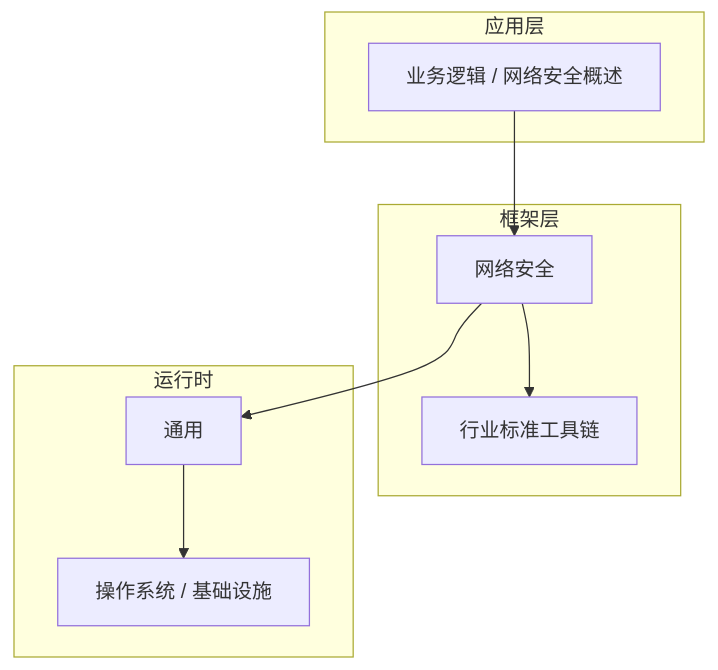
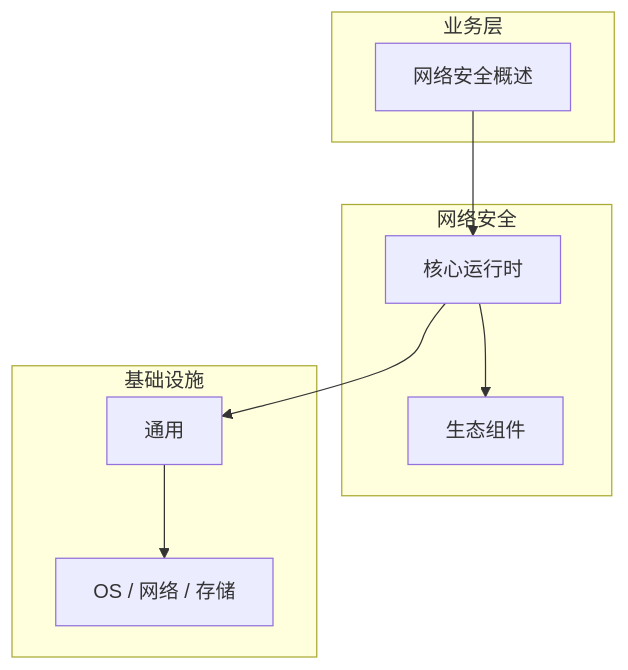
The diagram in articles/网络安全/chapters/001-网络安全概述核心概念与原理.md (yanggan2015/knowledge-json-v2), drawn with Mermaid before and after one commit. The commit also changed other lines of this file and 10127 other files, not shown here.

````diff
--- a/articles/网络安全/chapters/001-网络安全概述核心概念与原理.md
+++ b/articles/网络安全/chapters/001-网络安全概述核心概念与原理.md
@@ -46,18 +35,18 @@
 ```mermaid
 graph TB
-    subgraph 应用层
-        A[业务逻辑 / 网络安全概述]
+    subgraph 业务层
+        A[网络安全概述]
     end
-    subgraph 框架层
-        B[网络安全]
-        C[行业标准工具链]
+    subgraph 网络安全
+        B[核心运行时]
+        C[生态组件]
     end
-    subgraph 运行时
+    subgraph 基础设施
         D[通用]
-        E[操作系统 / 基础设施]
+        E[OS / 网络 / 存储]
     end
     A --> B
     B --> C
     B --> D
     D --> E
 ```
````
